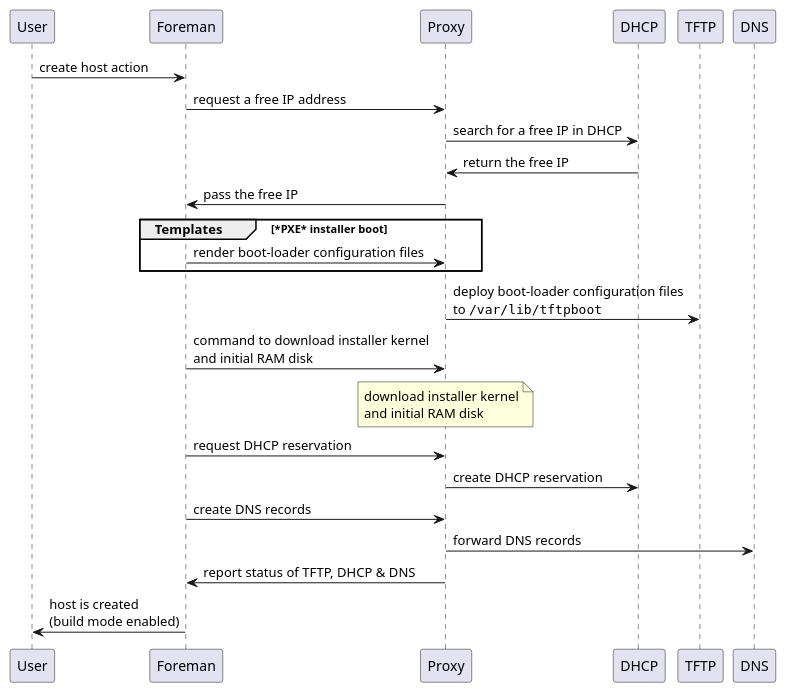
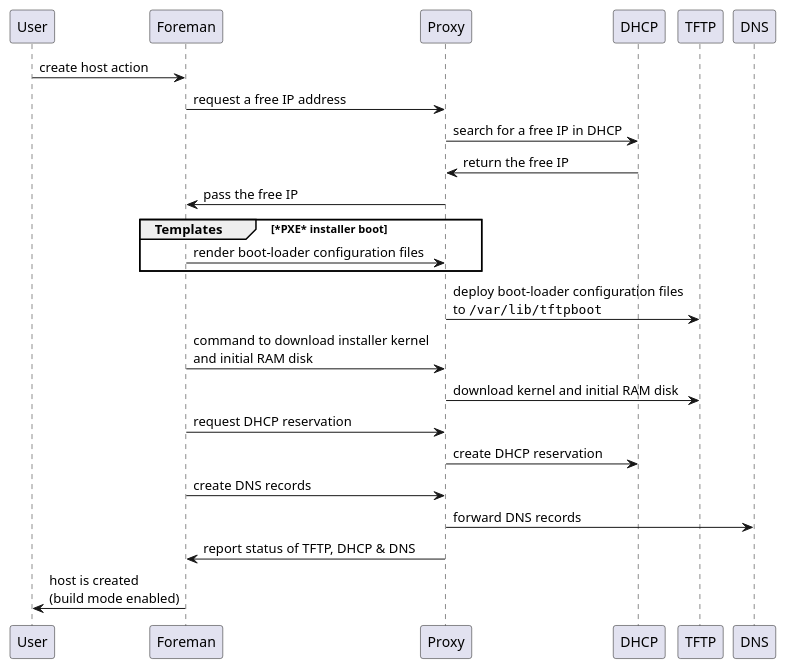
The diagram in guides/image-sources/prov-create-host-pxe.iuml (theforeman/foreman-documentation), drawn with PlantUML before and after one commit.

Commit message:
Apply suggestion

```diff
--- a/guides/image-sources/prov-create-host-pxe.iuml
+++ b/guides/image-sources/prov-create-host-pxe.iuml
@@ -1,17 +1,17 @@
 User -> Foreman : create host action
 Foreman -> Proxy : request a free IP address
 Proxy -> DHCP : search for a free IP in DHCP
 DHCP -> Proxy : return the free IP
 Proxy -> Foreman : pass the free IP
 group Templates [*PXE* installer boot]
     Foreman -> Proxy : render boot-loader configuration files
 end
 Proxy -> TFTP : deploy boot-loader configuration files\nto ""/var/lib/tftpboot""
 Foreman -> Proxy : command to download installer kernel\nand initial RAM disk
-note over Proxy : download installer kernel\nand initial RAM disk
+Proxy -> TFTP : download kernel and initial RAM disk
 Foreman -> Proxy : request DHCP reservation
 Proxy -> DHCP : create DHCP reservation
 Foreman -> Proxy : create DNS records
 Proxy -> DNS : forward DNS records
 Proxy -> Foreman : report status of TFTP, DHCP & DNS
 Foreman -> User : host is created\n(build mode enabled)
```
